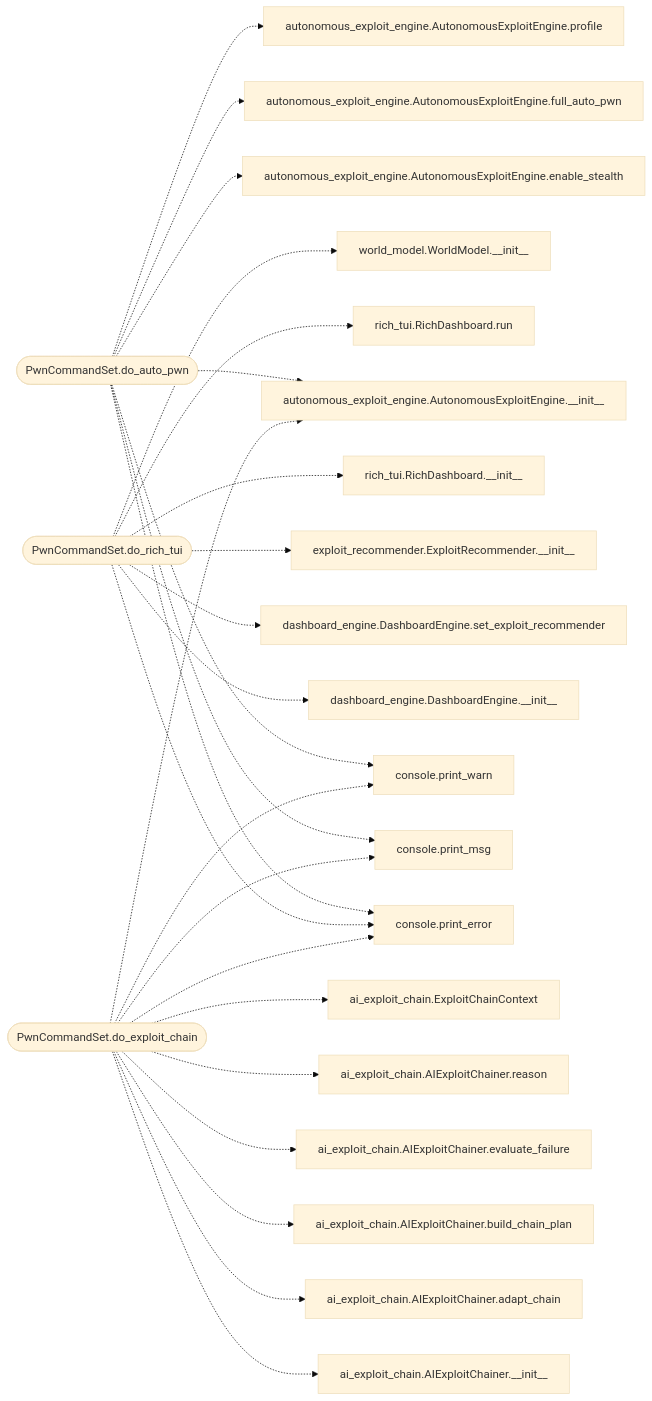
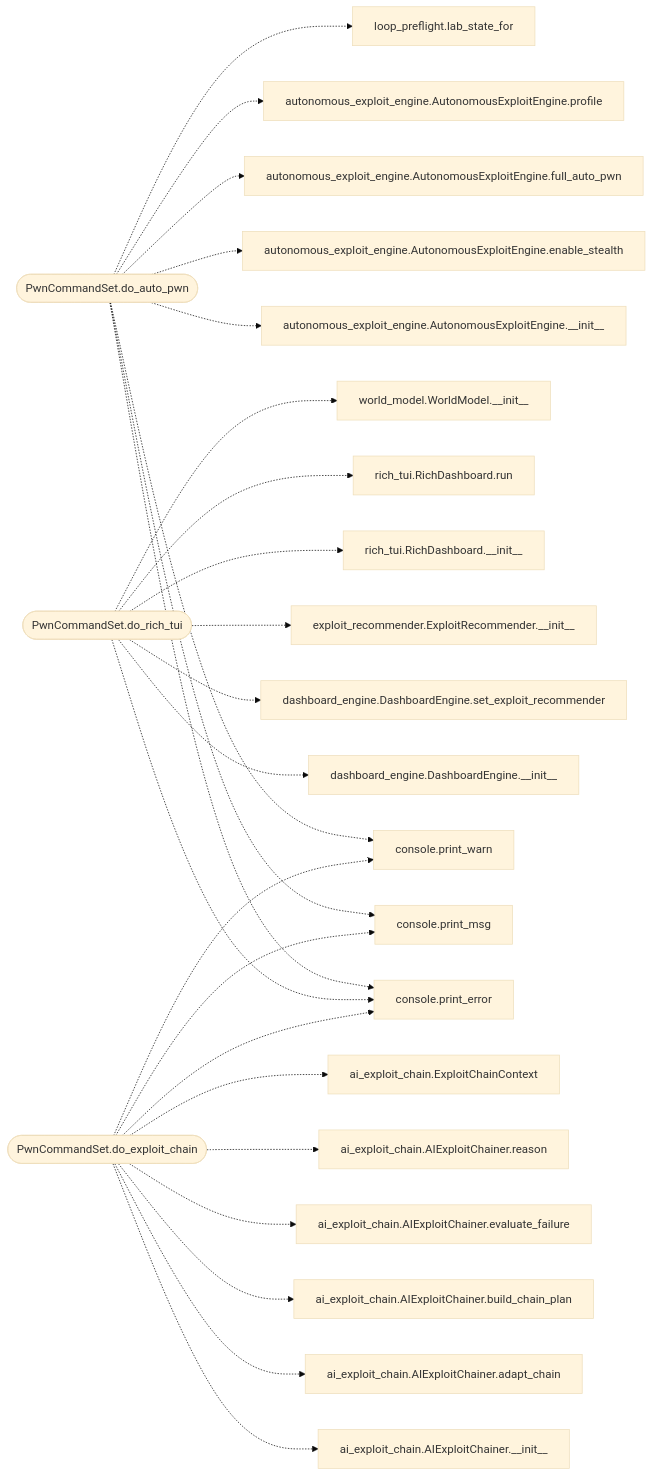
Before and after one commit to grisuno/LazyOwn: the second of 2 diagrams in readmenator-apidocs/modules/cli.commands.pwn.py.md, drawn with Mermaid (base theme). The commit also changed other lines of this file and 508 other files, not shown here.

````diff
--- a/readmenator-apidocs/modules/cli.commands.pwn.py.md
+++ b/readmenator-apidocs/modules/cli.commands.pwn.py.md
@@ -37,49 +37,50 @@
 ```mermaid
 flowchart LR
     n_cli_commands_pwn_py__PwnCommandSet_do_auto_pwn(["PwnCommandSet.do_auto_pwn"])
     n_core_console_py__print_error["console.print_error"]
     n_core_console_py__print_msg["console.print_msg"]
     n_core_console_py__print_warn["console.print_warn"]
     n_modules_autonomous_exploit_engine_py__AutonomousExploitEngine___init__["autonomous_exploit_engine.AutonomousExploitEngine.__init__"]
     n_modules_autonomous_exploit_engine_py__AutonomousExploitEngine_enable_stealth["autonomous_exploit_engine.AutonomousExploitEngine.enable_stealth"]
     n_modules_autonomous_exploit_engine_py__AutonomousExploitEngine_full_auto_pwn["autonomous_exploit_engine.AutonomousExploitEngine.full_auto_pwn"]
     n_modules_autonomous_exploit_engine_py__AutonomousExploitEngine_profile["autonomous_exploit_engine.AutonomousExploitEngine.profile"]
+    n_modules_loop_preflight_py__lab_state_for["loop_preflight.lab_state_for"]
     n_cli_commands_pwn_py__PwnCommandSet_do_rich_tui(["PwnCommandSet.do_rich_tui"])
     n_modules_dashboard_engine_py__DashboardEngine___init__["dashboard_engine.DashboardEngine.__init__"]
     n_modules_dashboard_engine_py__DashboardEngine_set_exploit_recommender["dashboard_engine.DashboardEngine.set_exploit_recommender"]
     n_modules_exploit_recommender_py__ExploitRecommender___init__["exploit_recommender.ExploitRecommender.__init__"]
     n_modules_rich_tui_py__RichDashboard___init__["rich_tui.RichDashboard.__init__"]
     n_modules_rich_tui_py__RichDashboard_run["rich_tui.RichDashboard.run"]
     n_modules_world_model_py__WorldModel___init__["world_model.WorldModel.__init__"]
     n_cli_commands_pwn_py__PwnCommandSet_do_exploit_chain(["PwnCommandSet.do_exploit_chain"])
     n_modules_ai_exploit_chain_py__AIExploitChainer___init__["ai_exploit_chain.AIExploitChainer.__init__"]
     n_modules_ai_exploit_chain_py__AIExploitChainer_adapt_chain["ai_exploit_chain.AIExploitChainer.adapt_chain"]
     n_modules_ai_exploit_chain_py__AIExploitChainer_build_chain_plan["ai_exploit_chain.AIExploitChainer.build_chain_plan"]
     n_modules_ai_exploit_chain_py__AIExploitChainer_evaluate_failure["ai_exploit_chain.AIExploitChainer.evaluate_failure"]
     n_modules_ai_exploit_chain_py__AIExploitChainer_reason["ai_exploit_chain.AIExploitChainer.reason"]
     n_modules_ai_exploit_chain_py__ExploitChainContext["ai_exploit_chain.ExploitChainContext"]
     n_cli_commands_pwn_py__PwnCommandSet_do_auto_pwn -.-> n_core_console_py__print_error
     n_cli_commands_pwn_py__PwnCommandSet_do_auto_pwn -.-> n_core_console_py__print_msg
     n_cli_commands_pwn_py__PwnCommandSet_do_auto_pwn -.-> n_core_console_py__print_warn
     n_cli_commands_pwn_py__PwnCommandSet_do_auto_pwn -.-> n_modules_autonomous_exploit_engine_py__AutonomousExploitEngine___init__
     n_cli_commands_pwn_py__PwnCommandSet_do_auto_pwn -.-> n_modules_autonomous_exploit_engine_py__AutonomousExploitEngine_enable_stealth
     n_cli_commands_pwn_py__PwnCommandSet_do_auto_pwn -.-> n_modules_autonomous_exploit_engine_py__AutonomousExploitEngine_full_auto_pwn
     n_cli_commands_pwn_py__PwnCommandSet_do_auto_pwn -.-> n_modules_autonomous_exploit_engine_py__AutonomousExploitEngine_profile
+    n_cli_commands_pwn_py__PwnCommandSet_do_auto_pwn -.-> n_modules_loop_preflight_py__lab_state_for
     n_cli_commands_pwn_py__PwnCommandSet_do_rich_tui -.-> n_core_console_py__print_error
     n_cli_commands_pwn_py__PwnCommandSet_do_rich_tui -.-> n_modules_dashboard_engine_py__DashboardEngine___init__
     n_cli_commands_pwn_py__PwnCommandSet_do_rich_tui -.-> n_modules_dashboard_engine_py__DashboardEngine_set_exploit_recommender
     n_cli_commands_pwn_py__PwnCommandSet_do_rich_tui -.-> n_modules_exploit_recommender_py__ExploitRecommender___init__
     n_cli_commands_pwn_py__PwnCommandSet_do_rich_tui -.-> n_modules_rich_tui_py__RichDashboard___init__
     n_cli_commands_pwn_py__PwnCommandSet_do_rich_tui -.-> n_modules_rich_tui_py__RichDashboard_run
     n_cli_commands_pwn_py__PwnCommandSet_do_rich_tui -.-> n_modules_world_model_py__WorldModel___init__
     n_cli_commands_pwn_py__PwnCommandSet_do_exploit_chain -.-> n_core_console_py__print_error
     n_cli_commands_pwn_py__PwnCommandSet_do_exploit_chain -.-> n_core_console_py__print_msg
     n_cli_commands_pwn_py__PwnCommandSet_do_exploit_chain -.-> n_core_console_py__print_warn
     n_cli_commands_pwn_py__PwnCommandSet_do_exploit_chain -.-> n_modules_ai_exploit_chain_py__AIExploitChainer___init__
     n_cli_commands_pwn_py__PwnCommandSet_do_exploit_chain -.-> n_modules_ai_exploit_chain_py__AIExploitChainer_adapt_chain
     n_cli_commands_pwn_py__PwnCommandSet_do_exploit_chain -.-> n_modules_ai_exploit_chain_py__AIExploitChainer_build_chain_plan
     n_cli_commands_pwn_py__PwnCommandSet_do_exploit_chain -.-> n_modules_ai_exploit_chain_py__AIExploitChainer_evaluate_failure
     n_cli_commands_pwn_py__PwnCommandSet_do_exploit_chain -.-> n_modules_ai_exploit_chain_py__AIExploitChainer_reason
     n_cli_commands_pwn_py__PwnCommandSet_do_exploit_chain -.-> n_modules_ai_exploit_chain_py__ExploitChainContext
-    n_cli_commands_pwn_py__PwnCommandSet_do_exploit_chain -.-> n_modules_autonomous_exploit_engine_py__AutonomousExploitEngine___init__
 ```
````
